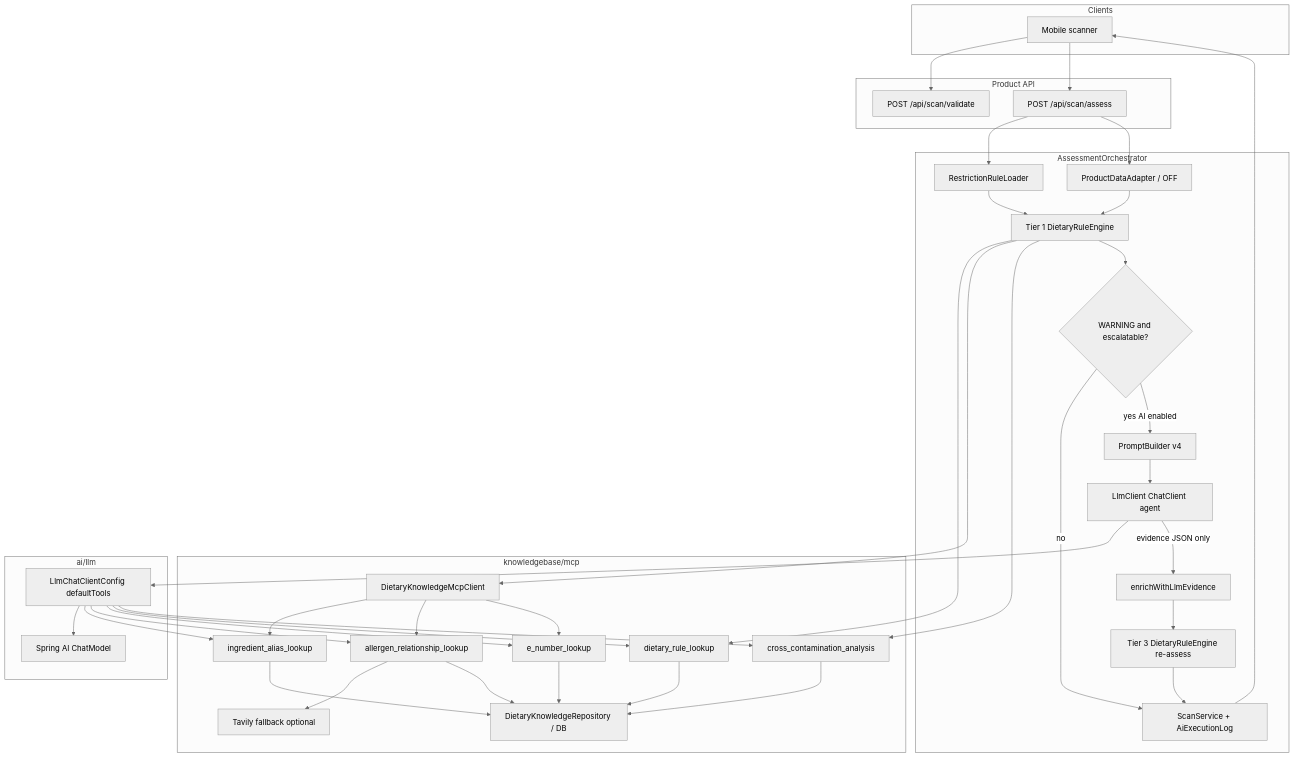
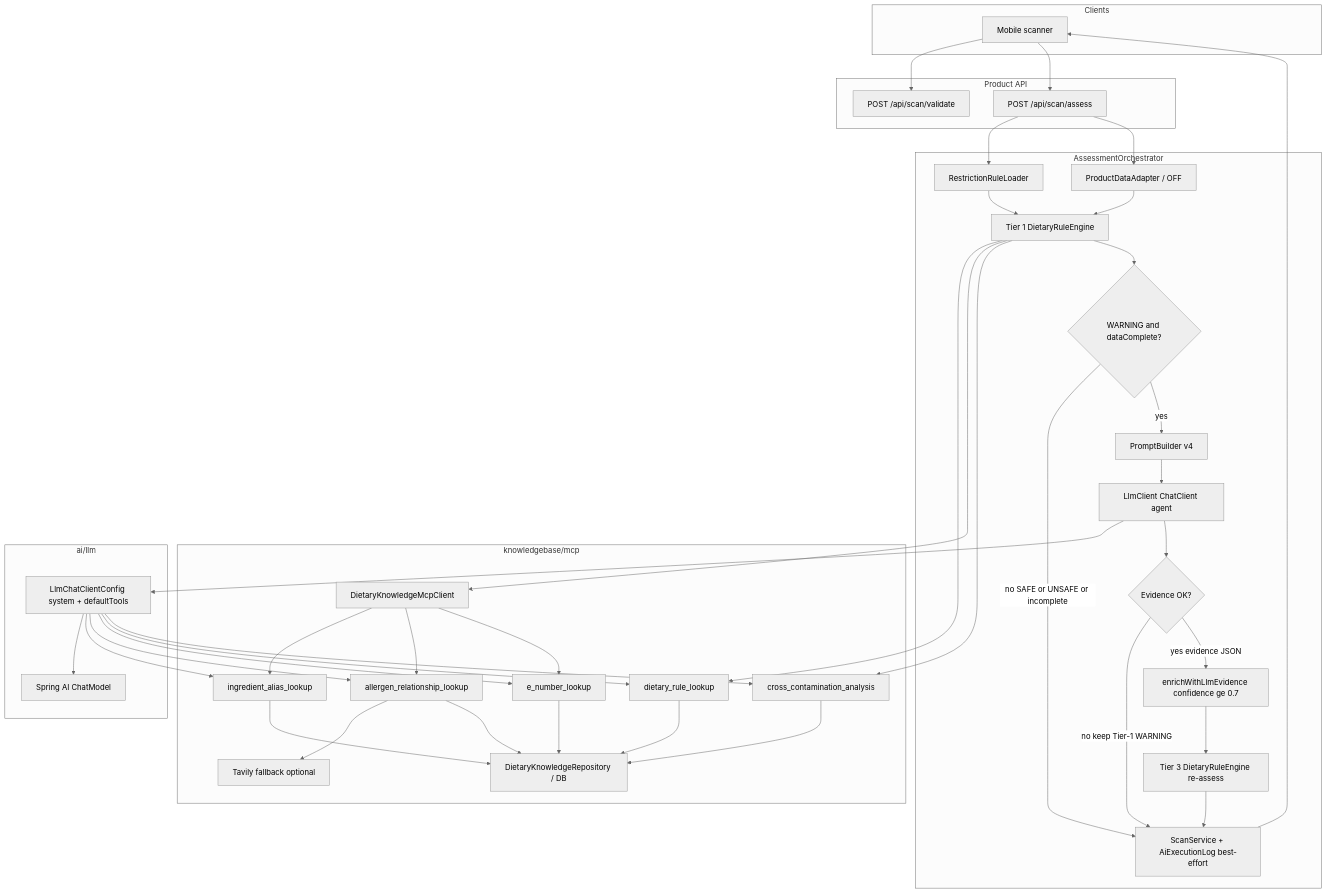
The first of 3 diagrams in docs/architecture/mcp-agent-architecture.md (CanMakan-Team/CanMakan), drawn with Mermaid (neutral theme) before and after one commit. The commit also changed other lines of this file, not shown here.

Commit message:
UPDATE mcp agent architecture doc

````diff
--- a/docs/architecture/mcp-agent-architecture.md
+++ b/docs/architecture/mcp-agent-architecture.md
@@ -30,75 +32,78 @@
 ```mermaid
 flowchart TB
   subgraph clients [Clients]
     Mobile[Mobile scanner]
   end
 
   subgraph api [Product API]
     Validate["POST /api/scan/validate"]
     Assess["POST /api/scan/assess"]
   end
 
   subgraph orch [AssessmentOrchestrator]
     LoadRules[RestrictionRuleLoader]
     OffLookup[ProductDataAdapter / OFF]
     Tier1[Tier 1 DietaryRuleEngine]
-    Escalate{WARNING and escalatable?}
+    Escalate{WARNING and dataComplete?}
     Prompt[PromptBuilder v4]
     Agent[LlmClient ChatClient agent]
-    Enrich[enrichWithLlmEvidence]
+    AgentOk{Evidence OK?}
+    Enrich[enrichWithLlmEvidence confidence ge 0.7]
     Tier3[Tier 3 DietaryRuleEngine re-assess]
-    Persist[ScanService + AiExecutionLog]
+    Persist[ScanService + AiExecutionLog best-effort]
   end
 
   subgraph knowledge [knowledgebase/mcp]
     McpClient[DietaryKnowledgeMcpClient]
     Alias[ingredient_alias_lookup]
     Hier[allergen_relationship_lookup]
     ENum[e_number_lookup]
     DietRule[dietary_rule_lookup]
     Cross[cross_contamination_analysis]
     Repo[DietaryKnowledgeRepository / DB]
     Tavily[Tavily fallback optional]
   end
 
   subgraph ai [ai/llm]
-    ChatCfg[LlmChatClientConfig defaultTools]
+    ChatCfg[LlmChatClientConfig system + defaultTools]
     ChatModel[Spring AI ChatModel]
   end
 
   Mobile --> Validate
   Mobile --> Assess
   Assess --> LoadRules
   Assess --> OffLookup
   LoadRules --> Tier1
   OffLookup --> Tier1
 
   Tier1 --> DietRule
   Tier1 --> McpClient
   McpClient --> Alias
   McpClient --> Hier
   McpClient --> ENum
   Hier --> Tavily
   Tier1 --> Cross
   Alias --> Repo
   Hier --> Repo
   ENum --> Repo
   DietRule --> Repo
   Cross --> Repo
 
   Tier1 --> Escalate
-  Escalate -->|no| Persist
-  Escalate -->|yes AI enabled| Prompt
+  Escalate -->|no SAFE or UNSAFE or incomplete| Persist
+  Escalate -->|yes| Prompt
   Prompt --> Agent
   Agent --> ChatCfg
   ChatCfg --> ChatModel
   ChatCfg --> Alias
   ChatCfg --> Hier
   ChatCfg --> ENum
   ChatCfg --> DietRule
   ChatCfg --> Cross
-  Agent -->|evidence JSON only| Enrich
+  Agent --> AgentOk
+  AgentOk -->|no keep Tier-1 WARNING| Persist
+  AgentOk -->|yes evidence JSON| Enrich
   Enrich --> Tier3
   Tier3 --> Persist
   Persist --> Mobile
 ```
````
